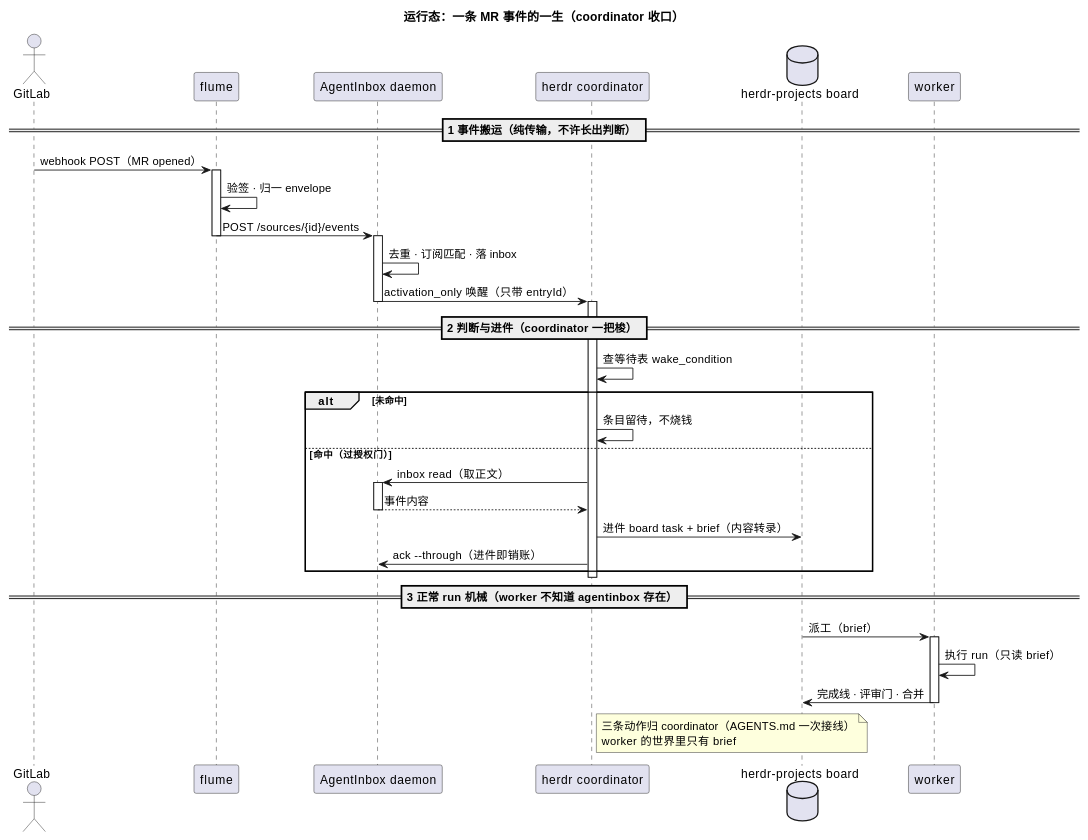
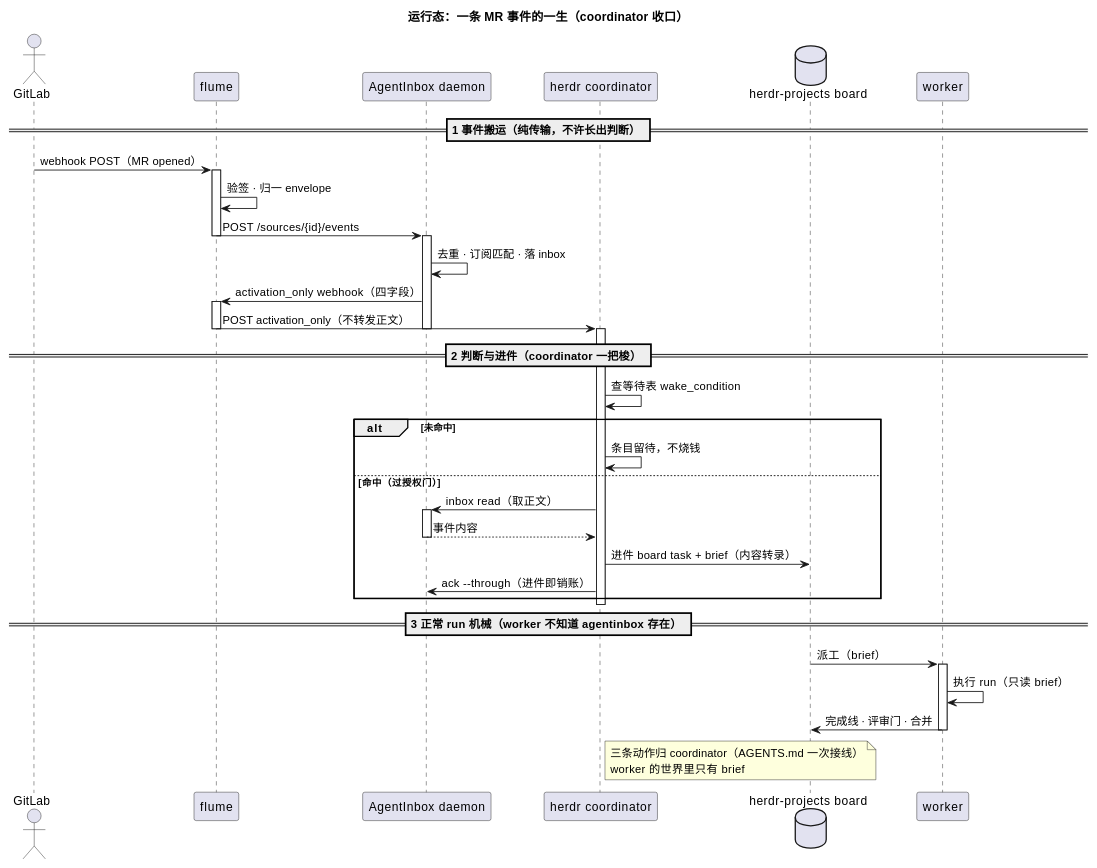
One commit to iodone/flume changed the diagram in README.md. Above: the diagram before and after it, drawn with PlantUML. The commit also changed other lines of this file and 4 other files, not shown here.

Commit message:
feat: wire activation-only events to herdr wake gate

````diff
--- a/README.md
+++ b/README.md
@@ -122,54 +149,57 @@
 ```plantuml
 @startuml
 title 运行态：一条 MR 事件的一生（coordinator 收口）
 
 actor       "GitLab"                as GL
 participant "flume"                 as FL
 participant "AgentInbox daemon"   as AI
 participant "herdr coordinator"   as CO
 database    "herdr-projects board" as BD
 participant "worker"                as WK
 
 == 1 事件搬运（纯传输，不许长出判断） ==
 
 GL -> FL : webhook POST（MR opened）
 activate FL
 FL -> FL : 验签 · 归一 envelope
 FL -> AI : POST /sources/{id}/events
 deactivate FL
 activate AI
 AI -> AI : 去重 · 订阅匹配 · 落 inbox
-AI -> CO : activation_only 唤醒（只带 entryId）
+AI -> FL : activation_only webhook（四字段）
+activate FL
+FL -> CO : POST activation_only（不转发正文）
+deactivate FL
 deactivate AI
 
 == 2 判断与进件（coordinator 一把梭） ==
 
 activate CO
 CO -> CO : 查等待表 wake_condition
 alt 未命中
   CO -> CO : 条目留待，不烧钱
 else 命中（过授权门）
   CO -> AI : inbox read（取正文）
   activate AI
   AI --> CO : 事件内容
   deactivate AI
   CO -> BD : 进件 board task + brief（内容转录）
   CO -> AI : ack --through（进件即销账）
 end
 deactivate CO
 
 == 3 正常 run 机械（worker 不知道 agentinbox 存在） ==
 
 BD -> WK : 派工（brief）
 activate WK
 WK -> WK : 执行 run（只读 brief）
 WK -> BD : 完成线 · 评审门 · 合并
 deactivate WK
 
 note right of CO
   三条动作归 coordinator（AGENTS.md 一次接线）
   worker 的世界里只有 brief
 end note
 
 @enduml
 ```
````
